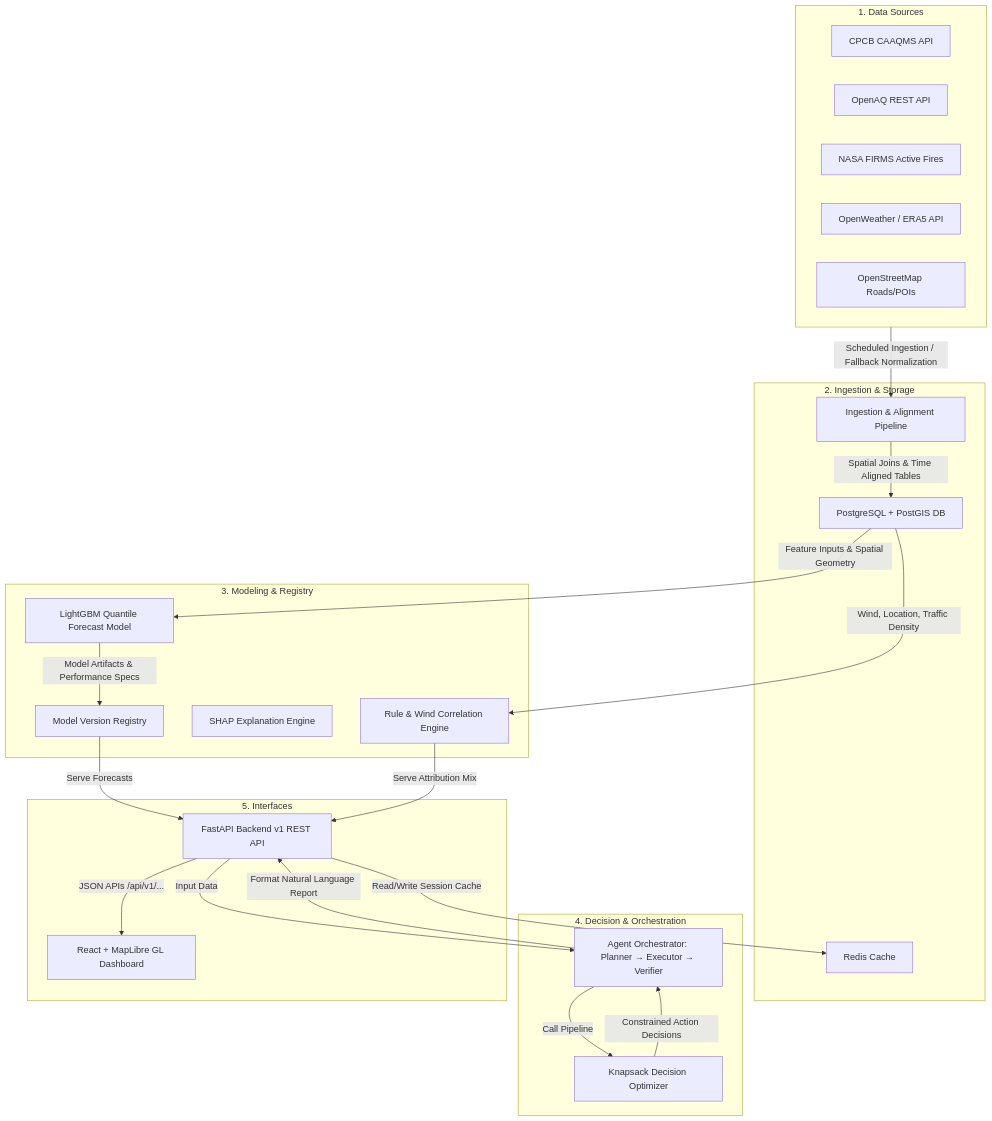
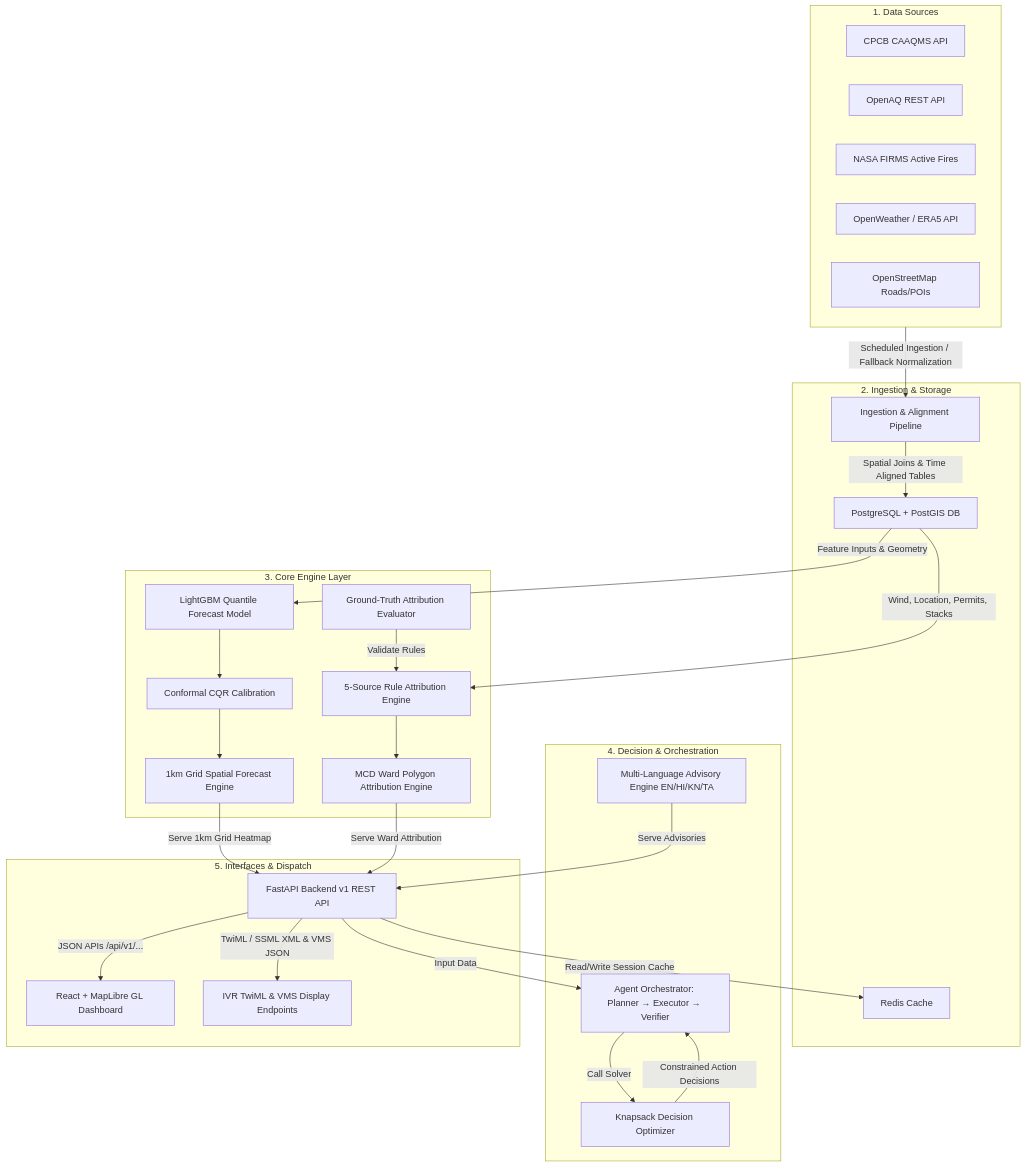
The diagram in docs/architecture.md (nihan-98716/Vaeris), drawn with Mermaid before and after one commit. The commit also changed other lines of this file and 25 other files, not shown here.

````diff
--- a/docs/architecture.md
+++ b/docs/architecture.md
@@ -7,51 +9,58 @@
 ```mermaid
 flowchart TD
     subgraph DataSources [1. Data Sources]
         CPCB[CPCB CAAQMS API]
         OpenAQ[OpenAQ REST API]
         FIRMS[NASA FIRMS Active Fires]
         Weather[OpenWeather / ERA5 API]
         OSM[OpenStreetMap Roads/POIs]
     end
 
     subgraph DataIngestion [2. Ingestion & Storage]
         Ingest[Ingestion & Alignment Pipeline]
         Postgres[PostgreSQL + PostGIS DB]
         Redis[Redis Cache]
     end
 
-    subgraph ModelRegistry [3. Modeling & Registry]
+    subgraph CoreEngine [3. Core Engine Layer]
         LGBM[LightGBM Quantile Forecast Model]
-        Attribution[Rule & Wind Correlation Engine]
-        SHAP[SHAP Explanation Engine]
-        Reg[Model Version Registry]
+        CQR[Conformal CQR Calibration]
+        GridInfer[1km Grid Spatial Forecast Engine]
+        Attribution[5-Source Rule Attribution Engine]
+        WardEngine[MCD Ward Polygon Attribution Engine]
+        Benchmark[Ground-Truth Attribution Evaluator]
     end
 
     subgraph DecisionAgent [4. Decision & Orchestration]
         Opt[Knapsack Decision Optimizer]
         Orch[Agent Orchestrator: Planner → Executor → Verifier]
+        MultiLang[Multi-Language Advisory Engine EN/HI/KN/TA]
     end
 
-    subgraph APIFrontend [5. Interfaces]
+    subgraph APIFrontend [5. Interfaces & Dispatch]
         API[FastAPI Backend v1 REST API]
         Frontend[React + MapLibre GL Dashboard]
+        IVR_VMS[IVR TwiML & VMS Display Endpoints]
     end
 
-    %% Data Flow Connections
     DataSources -->|Scheduled Ingestion / Fallback Normalization| Ingest
     Ingest -->|Spatial Joins & Time Aligned Tables| Postgres
-    Postgres -->|Feature Inputs & Spatial Geometry| LGBM
-    Postgres -->|Wind, Location, Traffic Density| Attribution
-    LGBM -->|Model Artifacts & Performance Specs| Reg
+    Postgres -->|Feature Inputs & Geometry| LGBM
+    LGBM --> CQR
+    CQR --> GridInfer
+    Postgres -->|Wind, Location, Permits, Stacks| Attribution
+    Attribution --> WardEngine
     
     API -->|Read/Write Session Cache| Redis
-    Reg -->|Serve Forecasts| API
-    Attribution -->|Serve Attribution Mix| API
+    GridInfer -->|Serve 1km Grid Heatmap| API
+    WardEngine -->|Serve Ward Attribution| API
+    Benchmark -->|Validate Rules| Attribution
     
     API -->|Input Data| Orch
-    Orch -->|Call Pipeline| Opt
+    Orch -->|Call Solver| Opt
     Opt -->|Constrained Action Decisions| Orch
-    Orch -->|Format Natural Language Report| API
+    MultiLang -->|Serve Advisories| API
     
     API -->|JSON APIs /api/v1/...| Frontend
+    API -->|TwiML / SSML XML & VMS JSON| IVR_VMS
 ```
````
